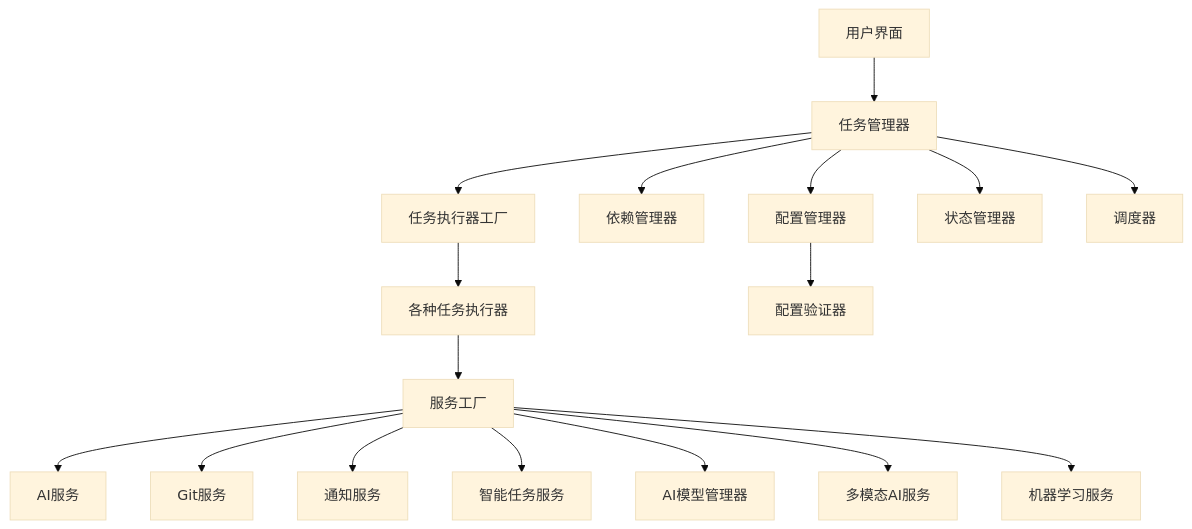
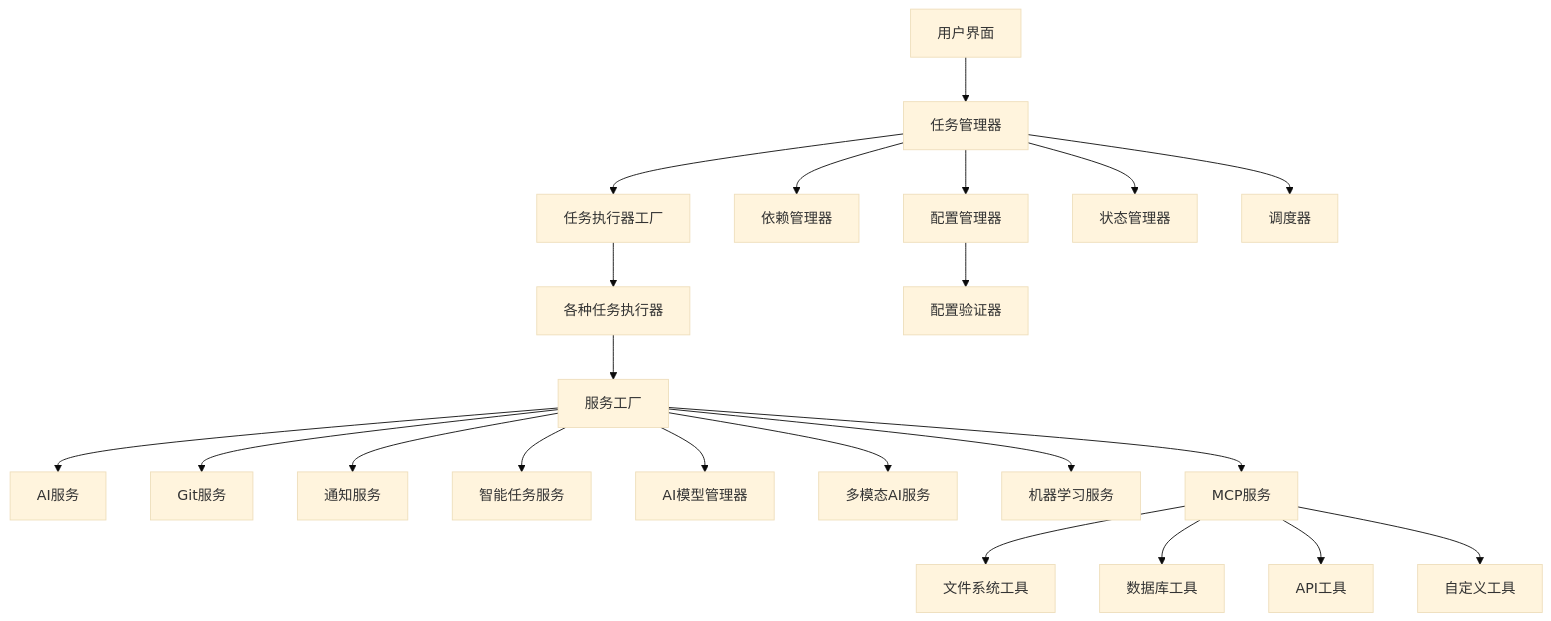
The diagram in docs/系统功能完整文档.md (ad19900913/auto-coder), drawn with Mermaid (base theme) before and after one commit. The commit also changed other lines of this file and 3 other files, not shown here.

````diff
--- a/docs/系统功能完整文档.md
+++ b/docs/系统功能完整文档.md
@@ -202,20 +256,26 @@
 ```mermaid
 graph TD
     A[用户界面] --> B[任务管理器]
     B --> C[任务执行器工厂]
     C --> D[各种任务执行器]
     D --> E[服务工厂]
     E --> F[AI服务]
     E --> G[Git服务]
     E --> H[通知服务]
     E --> I[智能任务服务]
     E --> J[AI模型管理器]
     E --> K[多模态AI服务]
     E --> L[机器学习服务]
+    E --> M[MCP服务]
     
-    B --> M[依赖管理器]
-    B --> N[配置管理器]
-    N --> O[配置验证器]
-    B --> P[状态管理器]
-    B --> Q[调度器]
+    B --> N[依赖管理器]
+    B --> O[配置管理器]
+    O --> P[配置验证器]
+    B --> Q[状态管理器]
+    B --> R[调度器]
+    
+    M --> S[文件系统工具]
+    M --> T[数据库工具]
+    M --> U[API工具]
+    M --> V[自定义工具]
 ```
````
